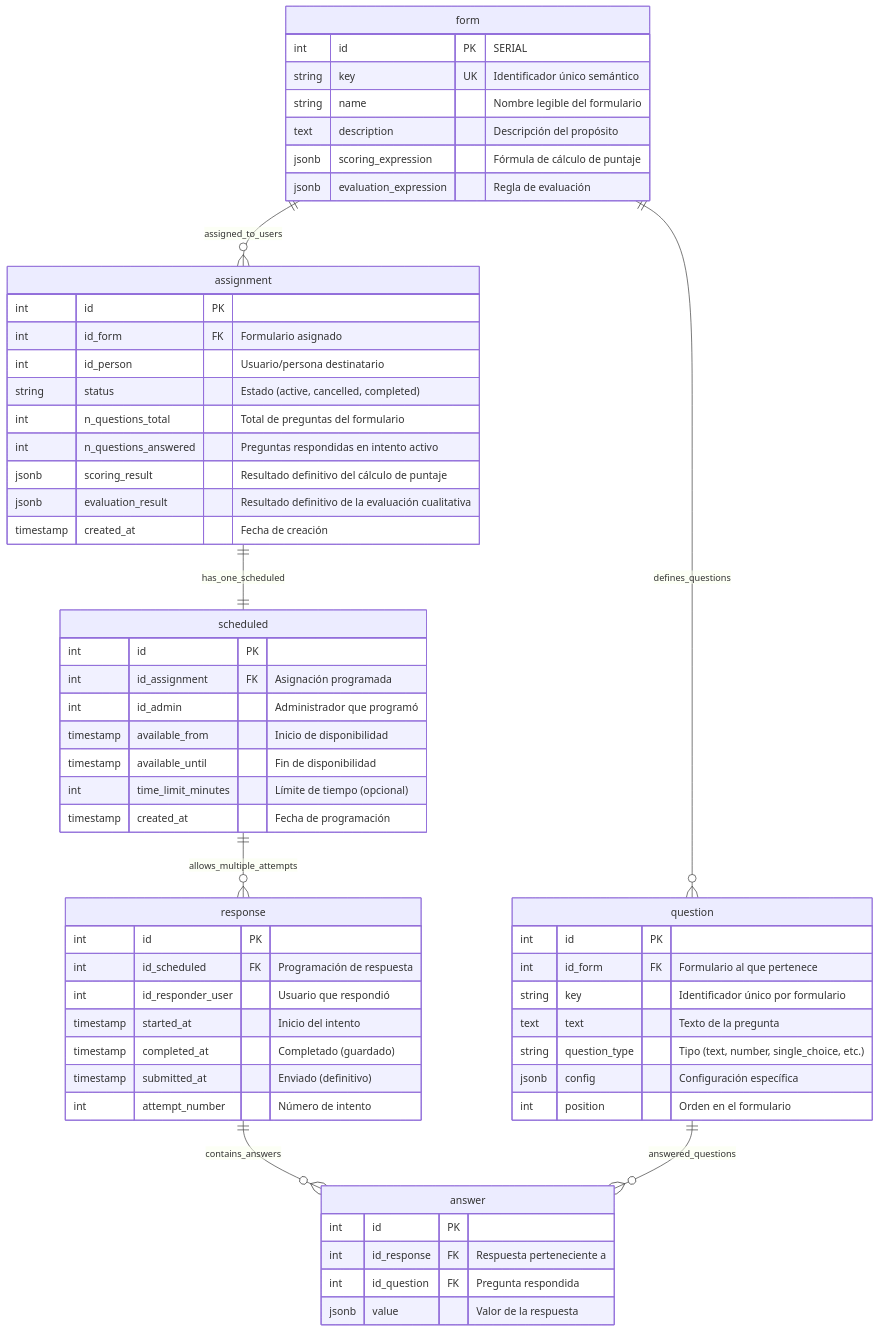
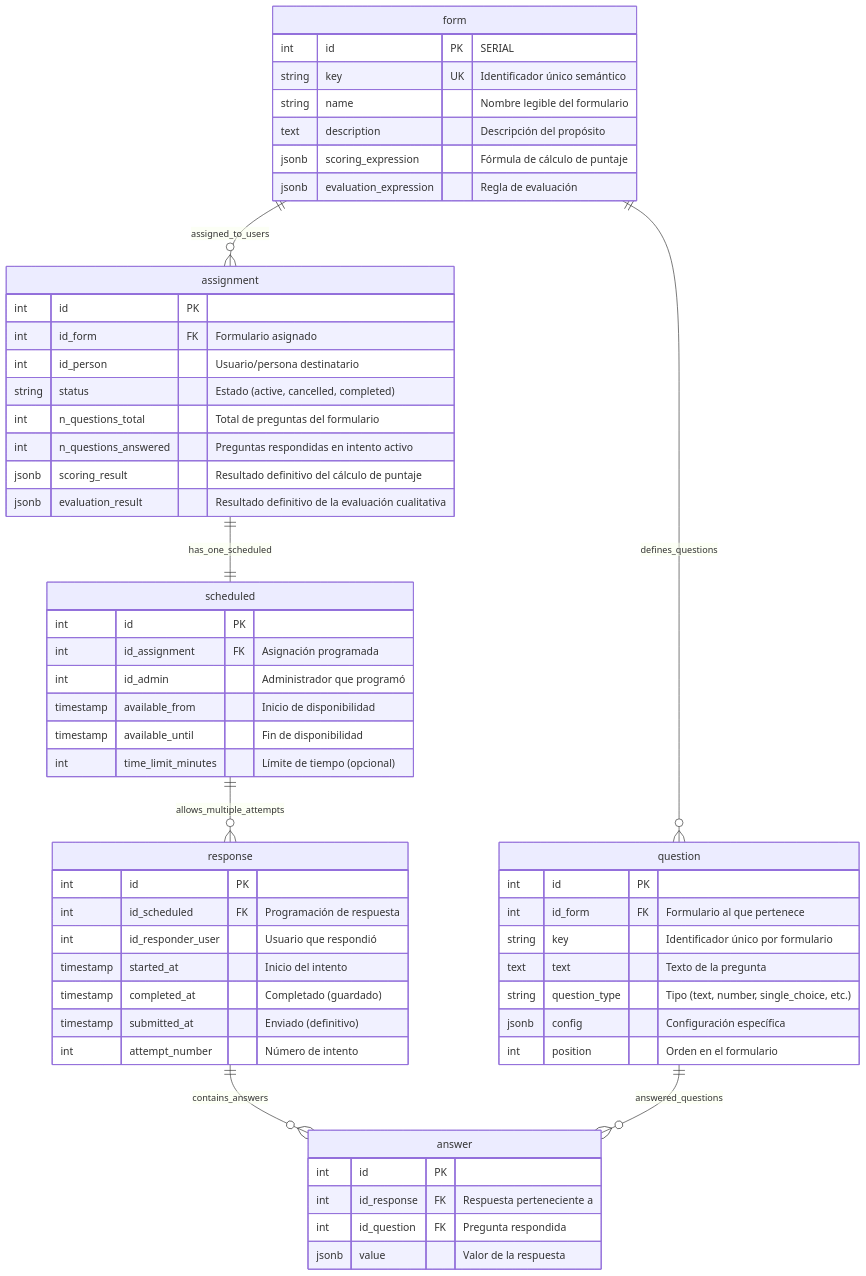
Before and after one commit to m4ck-y/FormFlow: the diagram in backend/docs/bd_mermaid.mmd, drawn with Mermaid. The commit also changed 1 other file, not shown here.

```diff
--- a/backend/docs/bd_mermaid.mmd
+++ b/backend/docs/bd_mermaid.mmd
@@ -1,72 +1,70 @@
 erDiagram
 
     %% Grupo: Plantilla
     form ||--o{ question : "defines_questions"
     form ||--o{ assignment : "assigned_to_users"
     
     %% Grupo: Asignación y Programación
     assignment ||--|| scheduled : "has_one_scheduled"
     scheduled ||--o{ response : "allows_multiple_attempts"
     
     %% Grupo: Respuesta
     response ||--o{ answer : "contains_answers"
     question ||--o{ answer : "answered_questions"
 
     %% Entidades detalladas
     form {
         int id PK "SERIAL"
         string key UK "Identificador único semántico"
         string name "Nombre legible del formulario"
         text description "Descripción del propósito"
         jsonb scoring_expression "Fórmula de cálculo de puntaje"
         jsonb evaluation_expression "Regla de evaluación"
     }
     
     question {
         int id PK
         int id_form FK "Formulario al que pertenece"
         string key "Identificador único por formulario"
         text text "Texto de la pregunta"
         string question_type "Tipo (text, number, single_choice, etc.)"
         jsonb config "Configuración específica"
         int position "Orden en el formulario"
     }
     
     assignment {
         int id PK
         int id_form FK "Formulario asignado"
         int id_person "Usuario/persona destinatario"
         string status "Estado (active, cancelled, completed)"
         int n_questions_total "Total de preguntas del formulario"
         int n_questions_answered "Preguntas respondidas en intento activo"
         jsonb scoring_result "Resultado definitivo del cálculo de puntaje"
         jsonb evaluation_result "Resultado definitivo de la evaluación cualitativa"
-        timestamp created_at "Fecha de creación"
     }
     
     scheduled {
         int id PK
         int id_assignment FK "Asignación programada"
         int id_admin "Administrador que programó"
         timestamp available_from "Inicio de disponibilidad"
         timestamp available_until "Fin de disponibilidad"
         int time_limit_minutes "Límite de tiempo (opcional)"
-        timestamp created_at "Fecha de programación"
     }
     
     response {
         int id PK
         int id_scheduled FK "Programación de respuesta"
         int id_responder_user "Usuario que respondió"
         timestamp started_at "Inicio del intento"
         timestamp completed_at "Completado (guardado)"
         timestamp submitted_at "Enviado (definitivo)"
         int attempt_number "Número de intento"
     }
     
     answer {
         int id PK
         int id_response FK "Respuesta perteneciente a"
         int id_question FK "Pregunta respondida"
         jsonb value "Valor de la respuesta"
     }
```
